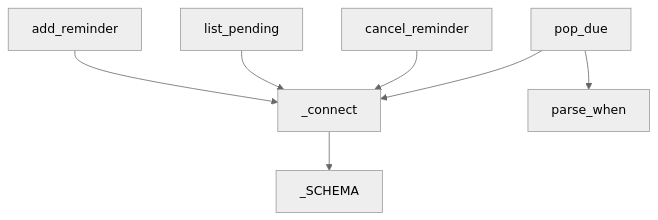
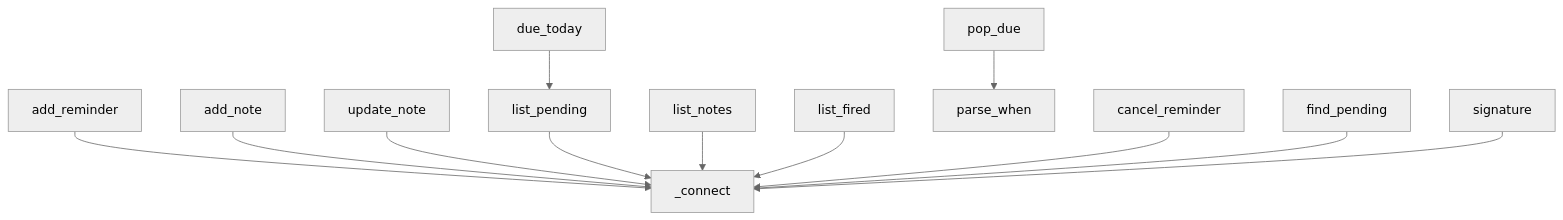
The diagram in codemap/core/reminders.md (Lechuza22/LechuChabotLocal), drawn with Mermaid (neutral theme) before and after one commit. The commit also changed other lines of this file and 14 other files, not shown here.

````diff
--- a/codemap/core/reminders.md
+++ b/codemap/core/reminders.md
@@ -5,9 +7,14 @@
 ```mermaid
 flowchart TD
     add_reminder --> _connect
+    add_note --> _connect
+    update_note --> _connect
     list_pending --> _connect
+    list_notes --> _connect
+    list_fired --> _connect
+    due_today --> list_pending
+    pop_due --> parse_when
     cancel_reminder --> _connect
-    pop_due --> _connect
-    pop_due --> parse_when
-    _connect --> _SCHEMA
+    find_pending --> _connect
+    signature --> _connect
 ```
````
